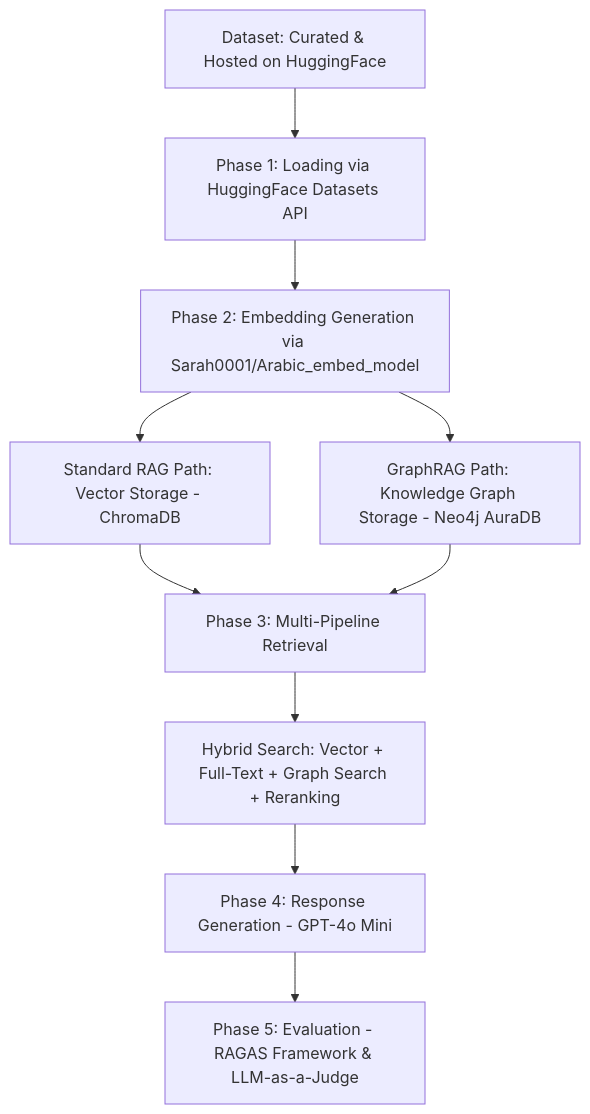
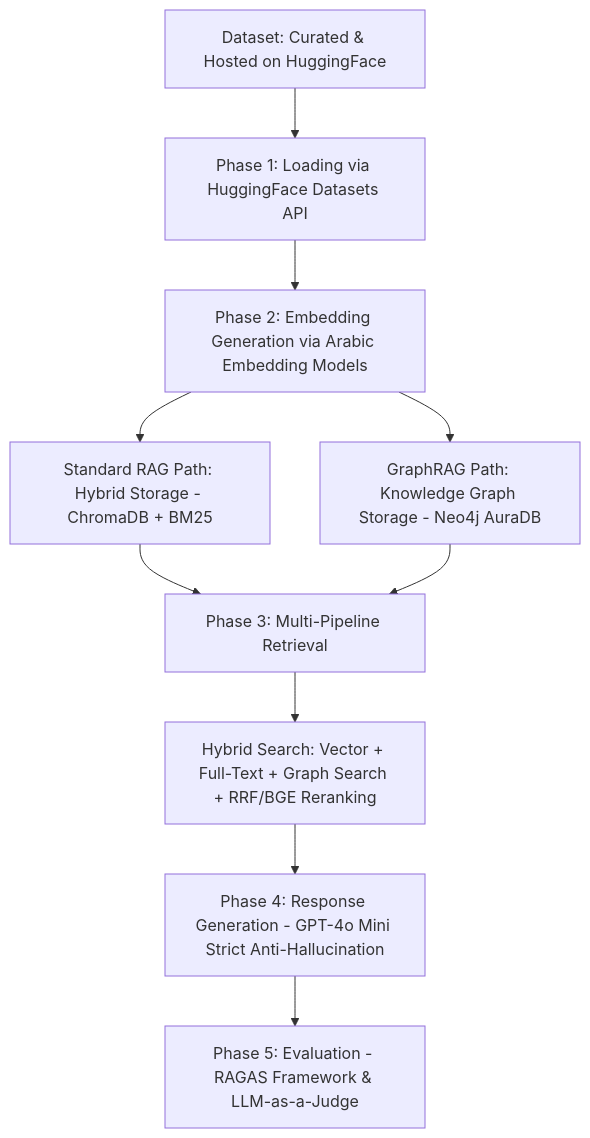
One commit to Sarahalo204/Shora7_Alsh3er changed the diagram in README.md. Above: the diagram before and after it, drawn with Mermaid. The commit also changed other lines of this file, not shown here.

First line of the commit message:
Revise README for architecture and model updates

````diff
--- a/README.md
+++ b/README.md
@@ -21,12 +21,13 @@
 ```mermaid
 graph TD
     A[Dataset: Curated & Hosted on HuggingFace] --> B[Phase 1: Loading via HuggingFace Datasets API]
-    B --> C[Phase 2: Embedding Generation via Sarah0001/Arabic_embed_model]
-    C --> D1[Standard RAG Path: Vector Storage - ChromaDB]
+    B --> C[Phase 2: Embedding Generation via Arabic Embedding Models]
+    C --> D1[Standard RAG Path: Hybrid Storage - ChromaDB + BM25]
     C --> D2[GraphRAG Path: Knowledge Graph Storage - Neo4j AuraDB]
     D1 --> E[Phase 3: Multi-Pipeline Retrieval]
     D2 --> E
-    E --> F[Hybrid Search: Vector + Full-Text + Graph Search + Reranking]
-    F --> G[Phase 4: Response Generation - GPT-4o Mini]
+    E --> F[Hybrid Search: Vector + Full-Text + Graph Search + RRF/BGE Reranking]
+    F --> G[Phase 4: Response Generation - GPT-4o Mini Strict Anti-Hallucination]
     G --> H[Phase 5: Evaluation - RAGAS Framework & LLM-as-a-Judge]
+
 ```
````
